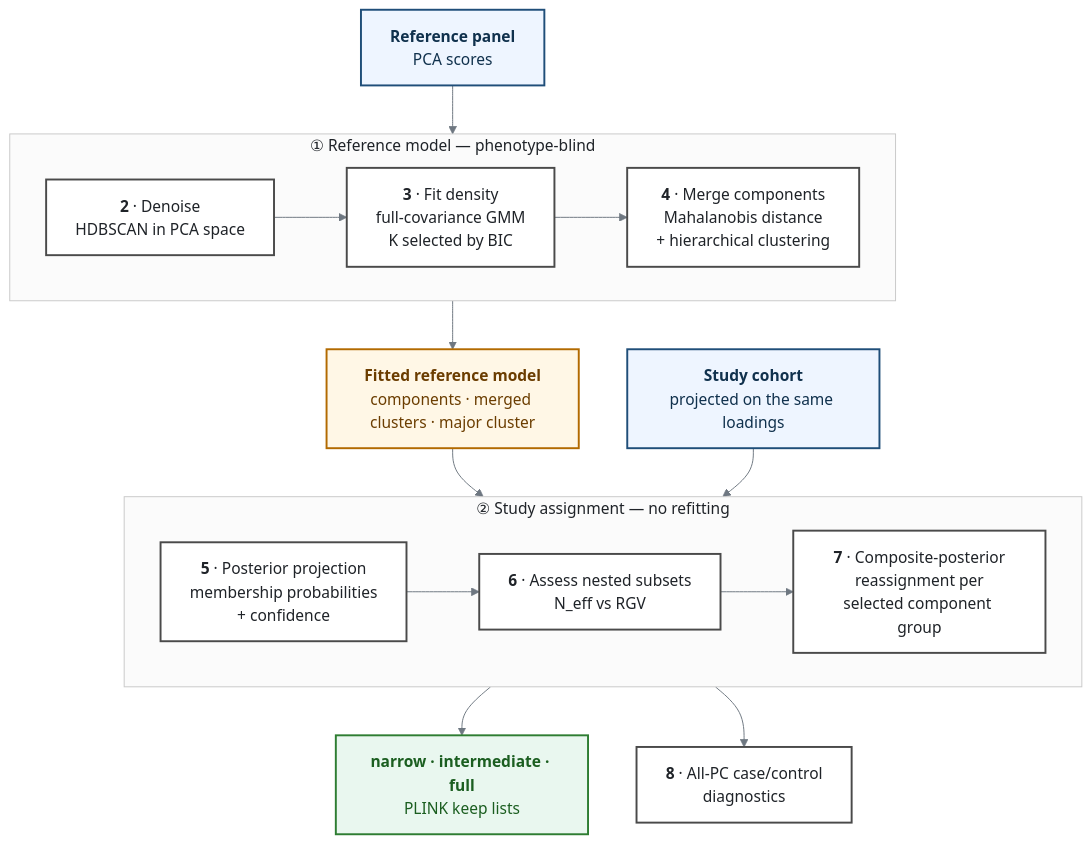
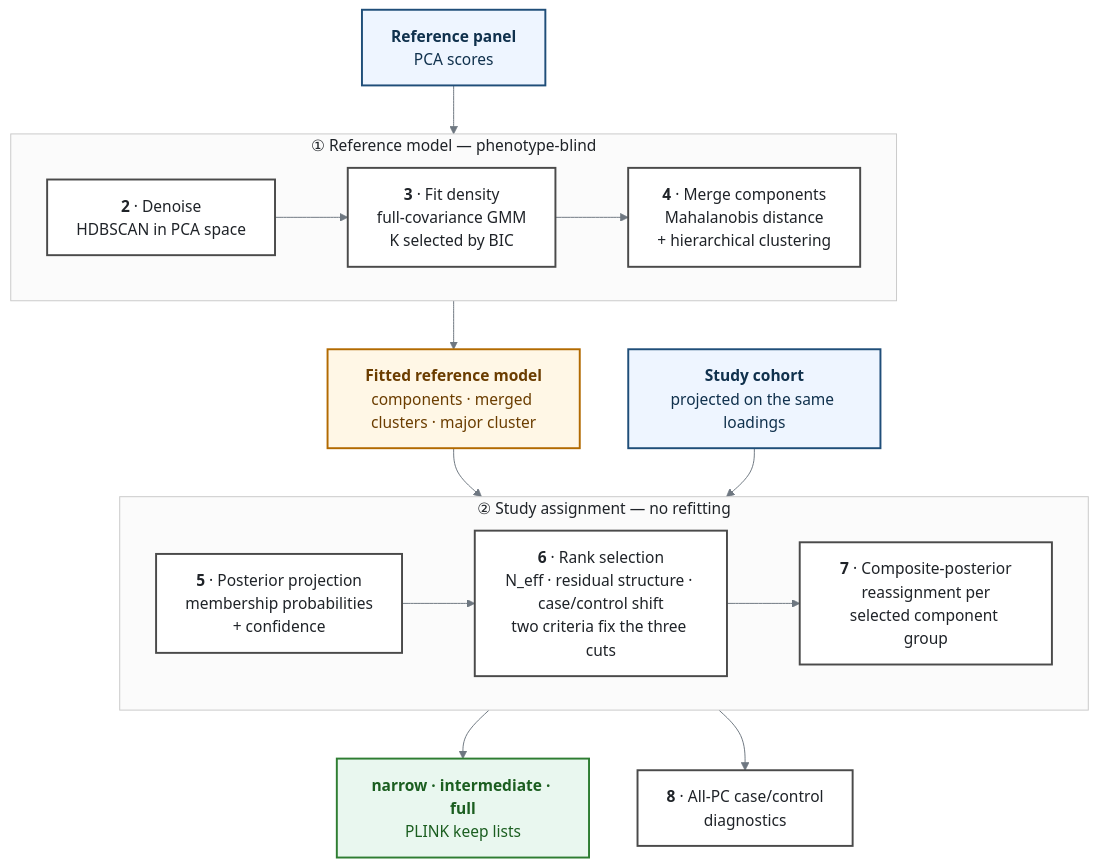
The diagram in README.md (ZhaoTie-re/PopGMM), drawn with Mermaid before and after one commit. The commit also changed other lines of this file and 13 other files, not shown here.

````diff
--- a/README.md
+++ b/README.md
@@ -45,42 +46,42 @@
 ```mermaid
 %%{init: {'themeVariables': {'lineColor': '#6e7781', 'edgeLabelBackground': '#ffffff'}}}%%
 flowchart TB
     classDef in fill:#eef5ff,stroke:#1f4e79,stroke-width:2px,color:#10314d;
     classDef step fill:#ffffff,stroke:#4a4a4a,stroke-width:2px,color:#1f2328;
     classDef model fill:#fff7e6,stroke:#b26a00,stroke-width:2px,color:#6b3d00;
     classDef out fill:#e9f7ef,stroke:#2e7d32,stroke-width:2px,color:#1b5e20;
 
     X0["<b>Reference panel</b><br/>PCA scores"]:::in
     X1["<b>Study cohort</b><br/>projected on the same loadings"]:::in
 
     subgraph LEARN["① Reference model — phenotype-blind"]
         direction LR
         A1["<b>2</b> · Denoise<br/>HDBSCAN in PCA space"]:::step
         A2["<b>3</b> · Fit density<br/>full-covariance GMM<br/>K selected by BIC"]:::step
         A3["<b>4</b> · Merge components<br/>Mahalanobis distance<br/>+ hierarchical clustering"]:::step
         A1 --> A2 --> A3
     end
 
     THETA["<b>Fitted reference model</b><br/>components · merged clusters · major cluster"]:::model
 
     subgraph ASSIGN["② Study assignment — no refitting"]
         direction LR
         B1["<b>5</b> · Posterior projection<br/>membership probabilities<br/>+ confidence"]:::step
-        B2["<b>6</b> · Assess nested subsets<br/>N_eff vs RGV"]:::step
+        B2["<b>6</b> · Rank selection<br/>N_eff · residual structure · case/control shift<br/>two criteria fix the three cuts"]:::step
         B3["<b>7</b> · Composite-posterior<br/>reassignment per<br/>selected component group"]:::step
         B1 --> B2 --> B3
     end
 
     OUT["<b>narrow · intermediate · full</b><br/>PLINK keep lists"]:::out
     DIAG["<b>8</b> · All-PC case/control<br/>diagnostics"]:::step
 
     X0 --> A1
     A3 --> THETA
     THETA --> B1
     X1 --> B1
     B3 --> OUT
     B3 --> DIAG
 
     style LEARN fill:#fbfbfb,stroke:#c9c9c9,color:#1f2328;
     style ASSIGN fill:#fbfbfb,stroke:#c9c9c9,color:#1f2328;
 ```
````
